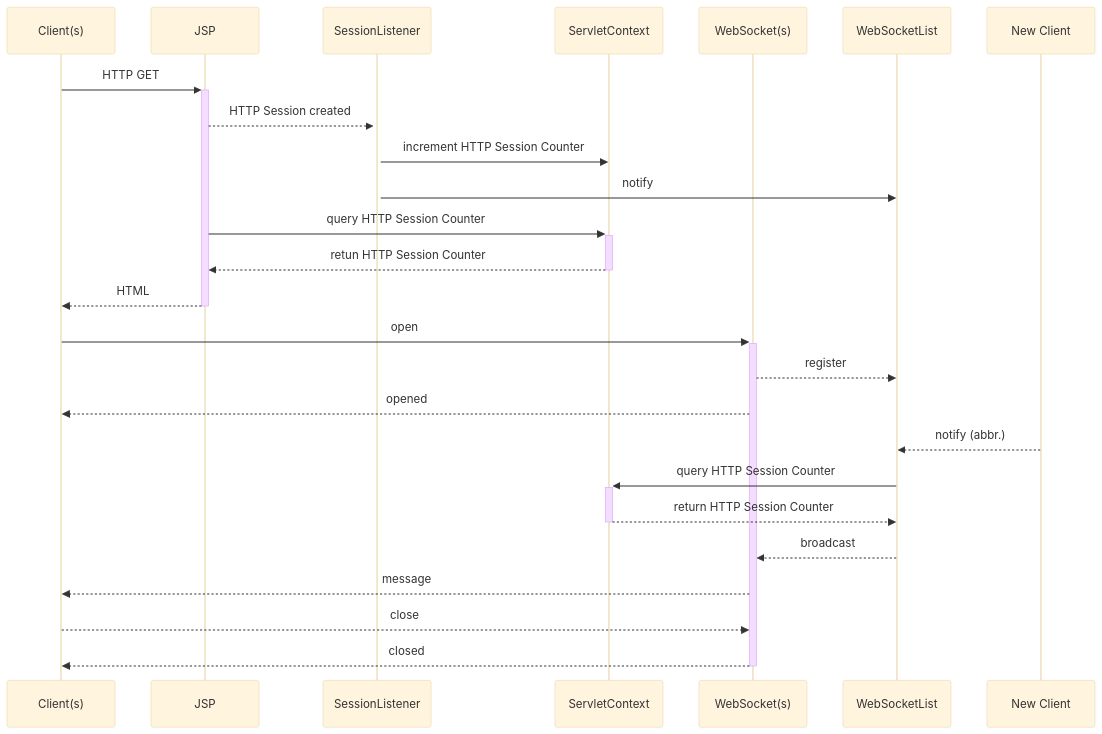
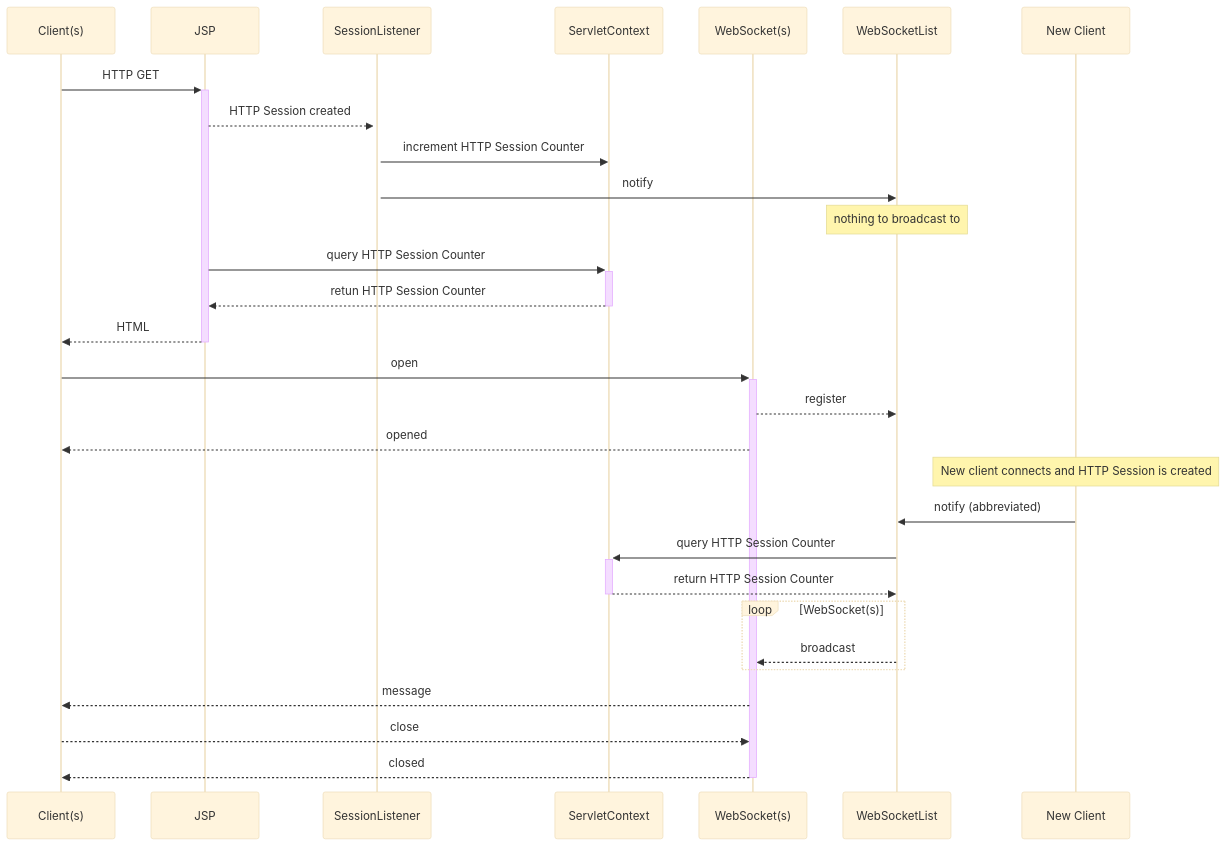
Before and after one commit to athenaeum-brew/making-of: the diagram in slides/mermaid.md, drawn with Mermaid (base theme). The commit also changed 1 other file, not shown here.

Commit message:
tweaked questioneer

```diff
--- a/slides/mermaid.md
+++ b/slides/mermaid.md
@@ -4,31 +4,36 @@
 <pre class="mermaid">
 
 sequenceDiagram
 
     participant Client as Client(s)
     participant JSP
     participant SessionListener
     participant ServletContext
     participant WebSocket as WebSocket(s)
     participant WebSocketList
     participant Client2 as New Client
 
     Client ->>+JSP: HTTP GET
     JSP-->>+SessionListener: HTTP Session created
     SessionListener->> ServletContext: increment HTTP Session Counter
     SessionListener->> WebSocketList: notify
+    Note over WebSocketList,WebSocketList: nothing to broadcast to
     JSP->>+ServletContext: query HTTP Session Counter
     ServletContext-->>-JSP: retun HTTP Session Counter
     JSP-->>-Client: HTML
     Client ->>+WebSocket: open
     WebSocket -->> WebSocketList: register
     WebSocket-->>Client: opened
-    Client2-->>WebSocketList: notify (abbr.)
+    Note over Client2: New client connects and HTTP Session is created
+    Client2->>WebSocketList: notify (abbreviated)
     WebSocketList->>+ServletContext: query HTTP Session Counter
     ServletContext-->>-WebSocketList: return HTTP Session Counter
-    WebSocketList-->>WebSocket: broadcast
+    loop WebSocket(s)
+        WebSocketList-->>WebSocket: broadcast
+    end
     WebSocket-->>Client: message
     
     Client-->>WebSocket: close
     WebSocket-->>-Client: closed
+    
 </pre>
```
